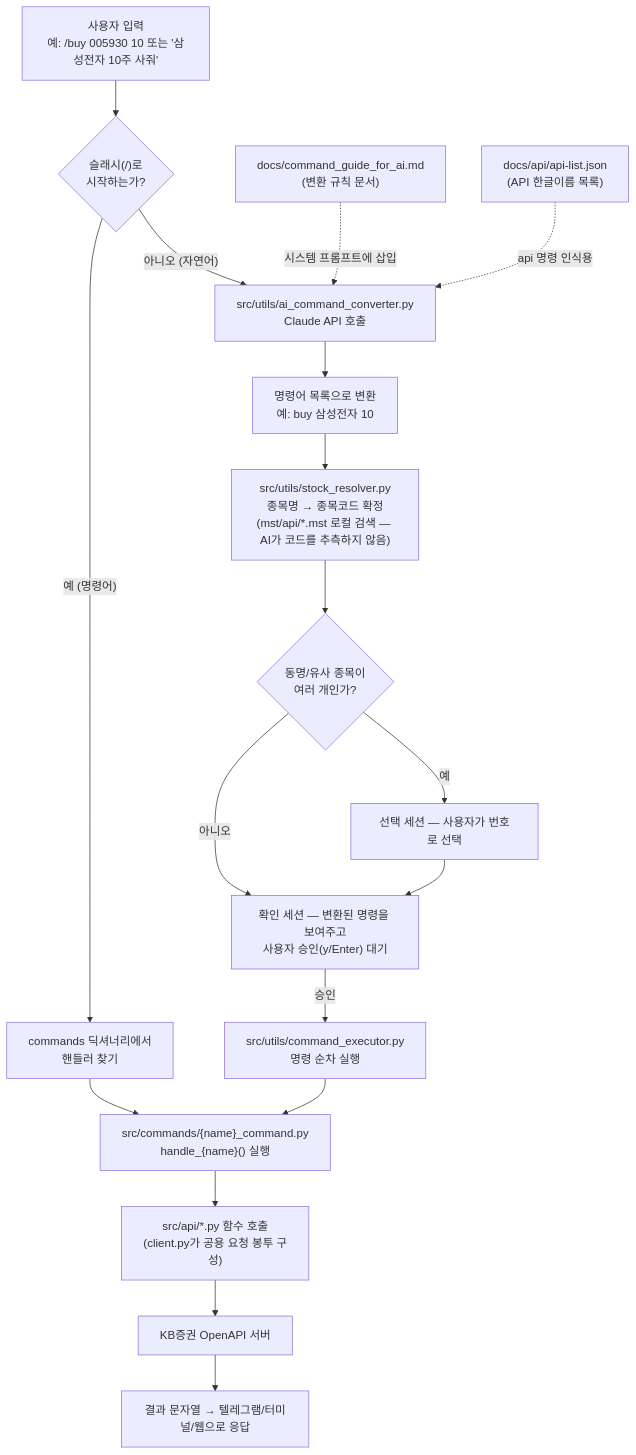
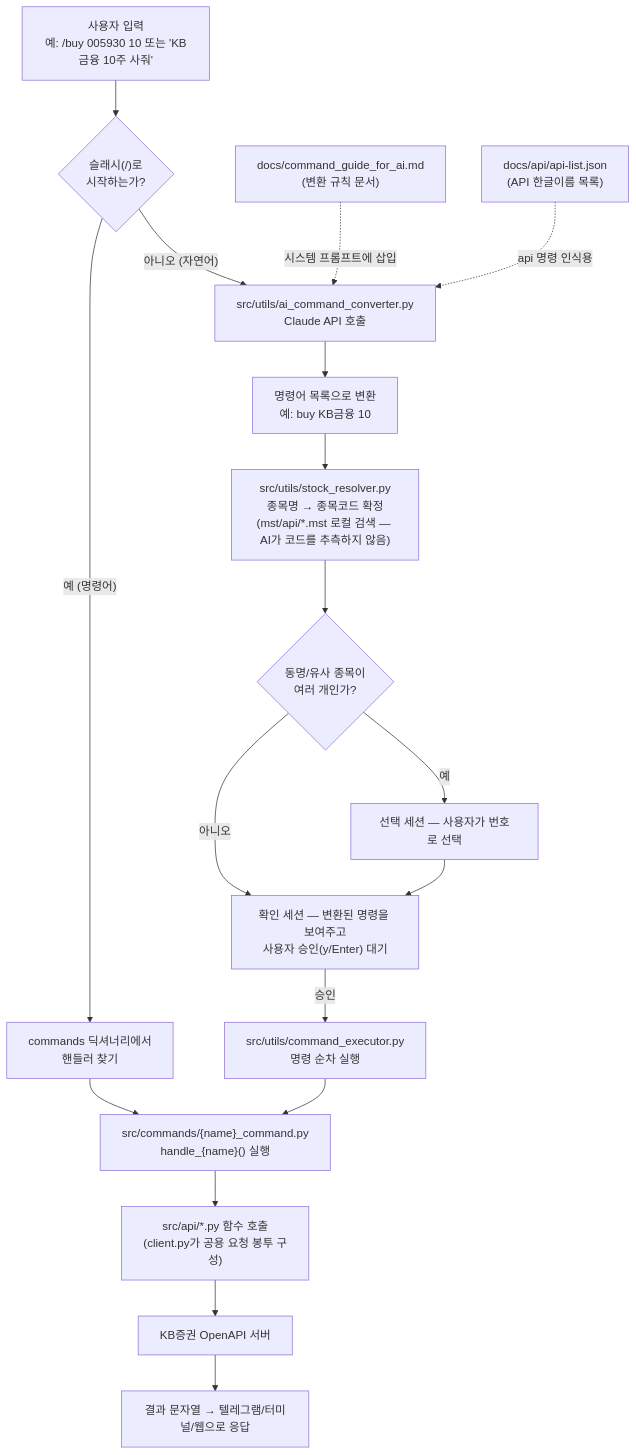
The third of 8 diagrams in docs/개발환경/프로젝트구조.md (leehyunseok-tech/kbsec_openapi), drawn with Mermaid before and after one commit. The commit also changed 7 other files, not shown here.

````diff
--- a/docs/개발환경/프로젝트구조.md
+++ b/docs/개발환경/프로젝트구조.md
@@ -96,25 +96,25 @@
 ```mermaid
 flowchart TB
-    IN["사용자 입력<br/>예: /buy 005930 10 또는 '삼성전자 10주 사줘'"]
+    IN["사용자 입력<br/>예: /buy 005930 10 또는 'KB금융 10주 사줘'"]
     IN --> Q{"슬래시(/)로<br/>시작하는가?"}
 
     Q -->|"예 (명령어)"| DIRECT["commands 딕셔너리에서<br/>핸들러 찾기"]
     DIRECT --> HANDLER["src/commands/{name}_command.py<br/>handle_{name}() 실행"]
 
     Q -->|"아니오 (자연어)"| AI["src/utils/ai_command_converter.py<br/>Claude API 호출"]
     GUIDE["docs/command_guide_for_ai.md<br/>(변환 규칙 문서)"] -.->|"시스템 프롬프트에 삽입"| AI
     LIST["docs/api/api-list.json<br/>(API 한글이름 목록)"] -.->|"api 명령 인식용"| AI
-    AI --> CONV["명령어 목록으로 변환<br/>예: buy 삼성전자 10"]
+    AI --> CONV["명령어 목록으로 변환<br/>예: buy KB금융 10"]
 
     CONV --> RESOLVE["src/utils/stock_resolver.py<br/>종목명 → 종목코드 확정<br/>(mst/api/*.mst 로컬 검색 — AI가 코드를 추측하지 않음)"]
     RESOLVE --> PICK{"동명/유사 종목이<br/>여러 개인가?"}
     PICK -->|"예"| CHOOSE["선택 세션 — 사용자가 번호로 선택"]
     PICK -->|"아니오"| CONFIRM
     CHOOSE --> CONFIRM["확인 세션 — 변환된 명령을 보여주고<br/>사용자 승인(y/Enter) 대기"]
     CONFIRM -->|"승인"| EXEC["src/utils/command_executor.py<br/>명령 순차 실행"]
     EXEC --> HANDLER
 
     HANDLER --> API["src/api/*.py 함수 호출<br/>(client.py가 공용 요청 봉투 구성)"]
     API --> KB["KB증권 OpenAPI 서버"]
     KB --> OUT["결과 문자열 → 텔레그램/터미널/웹으로 응답"]
 ```
````
